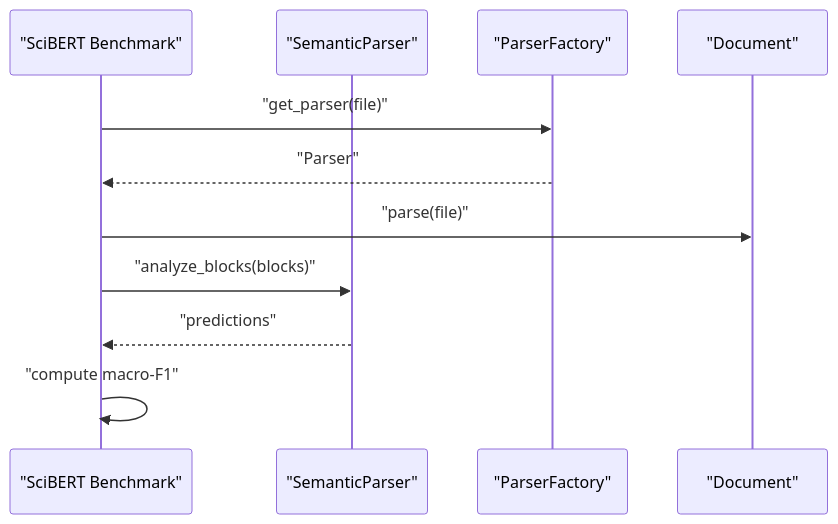
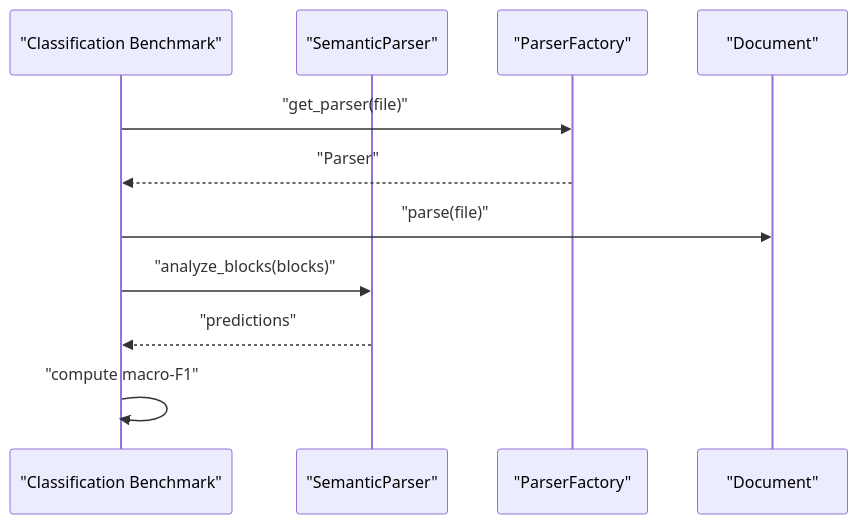
The second of 10 diagrams in .docs/content/Testing Strategy/Backend Testing/Specialized Testing.md (rohitkumarnaidu/ScholarFormAI), drawn with Mermaid before and after one commit. The commit also changed other lines of this file and 6 other files, not shown here.

First line of the commit message:
docs: update testing, API, and architecture docs in .docs/

````diff
--- a/.docs/content/Testing Strategy/Backend Testing/Specialized Testing.md
+++ b/.docs/content/Testing Strategy/Backend Testing/Specialized Testing.md
@@ -115,13 +115,13 @@
 ```mermaid
 sequenceDiagram
-participant Bench as "SciBERT Benchmark"
+participant Bench as "Classification Benchmark"
 participant SP as "SemanticParser"
 participant PF as "ParserFactory"
 participant Doc as "Document"
 Bench->>PF : "get_parser(file)"
 PF-->>Bench : "Parser"
 Bench->>Doc : "parse(file)"
 Bench->>SP : "analyze_blocks(blocks)"
 SP-->>Bench : "predictions"
 Bench->>Bench : "compute macro-F1"
 ```
````
